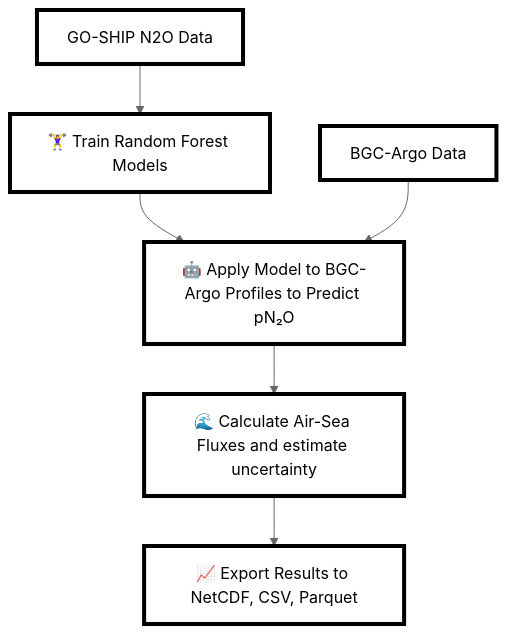
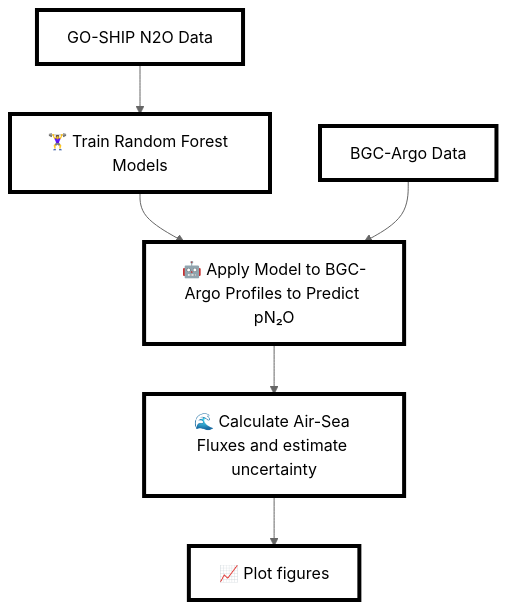
One commit to ckelly314/ml-argo-n2o changed the diagram in README.md. Above: the diagram before and after it, drawn with Mermaid (neutral theme). The commit also changed other lines of this file and 1 other file, not shown here.

Commit message:
add plotting or main text figures

````diff
--- a/README.md
+++ b/README.md
@@ -26,14 +24,14 @@
 ```mermaid
 flowchart TD
     A["GO-SHIP N2O Data"] --> B["🏋️‍♀️ Train Random Forest Models"]
     B --> C["🤖 Apply Model to BGC-Argo Profiles to Predict pN₂O"]
     C --> D["🌊 Calculate Air-Sea Fluxes and estimate uncertainty"]
     n1["BGC-Argo Data"] --> C
-    D --> F["📈 Export Results to NetCDF, CSV, Parquet"]
+    D --> F["📈 Plot figures"]
     style A color:#000000,fill:#FFFFFF,stroke-width:4px,stroke-dasharray: 0,stroke:#000000
     style B color:#000000,fill:#FFFFFF,stroke-width:4px,stroke-dasharray: 0,stroke:#000000
     style C color:#000000,fill:#FFFFFF,stroke-width:4px,stroke-dasharray: 0,stroke:#000000
     style D color:#000000,fill:#FFFFFF,stroke-width:4px,stroke-dasharray: 0,stroke:#000000
     style F color:#000000,fill:#FFFFFF,stroke-width:4px,stroke-dasharray: 0,stroke:#000000
     style n1 color:#000000,fill:#FFFFFF,stroke-width:4px,stroke-dasharray: 0,stroke:#000000
 ```
````
